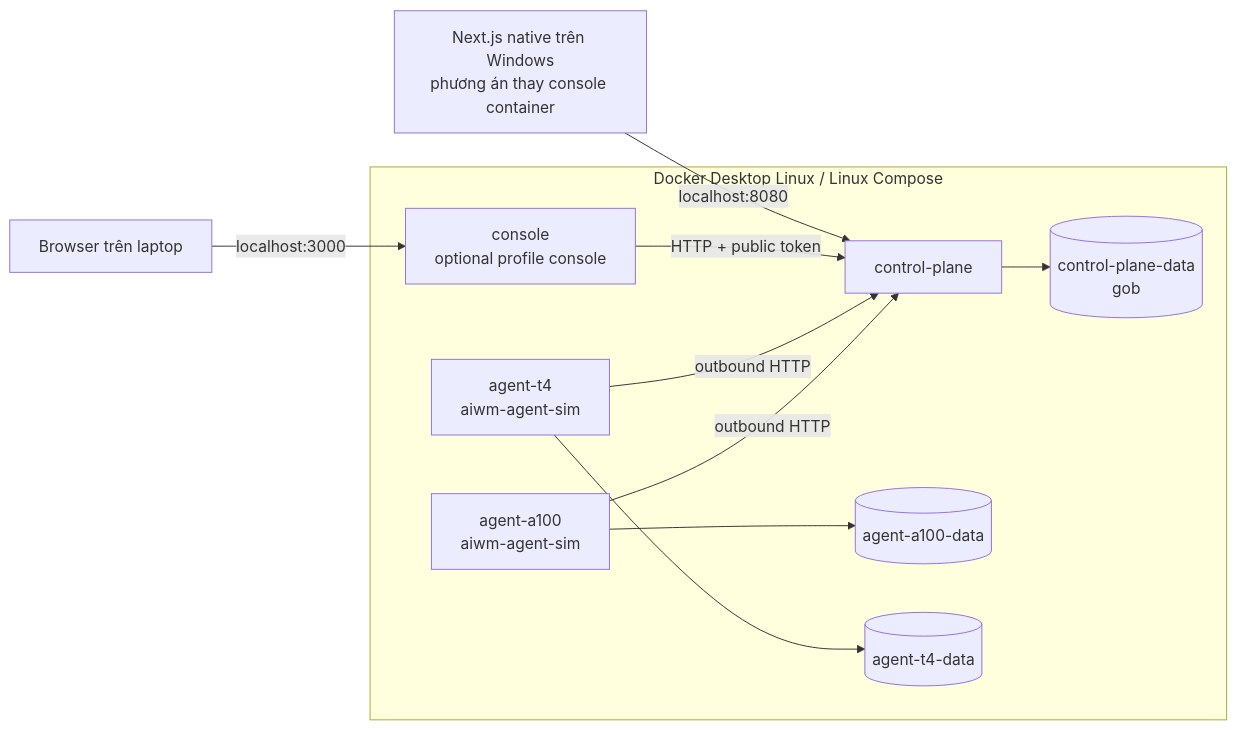
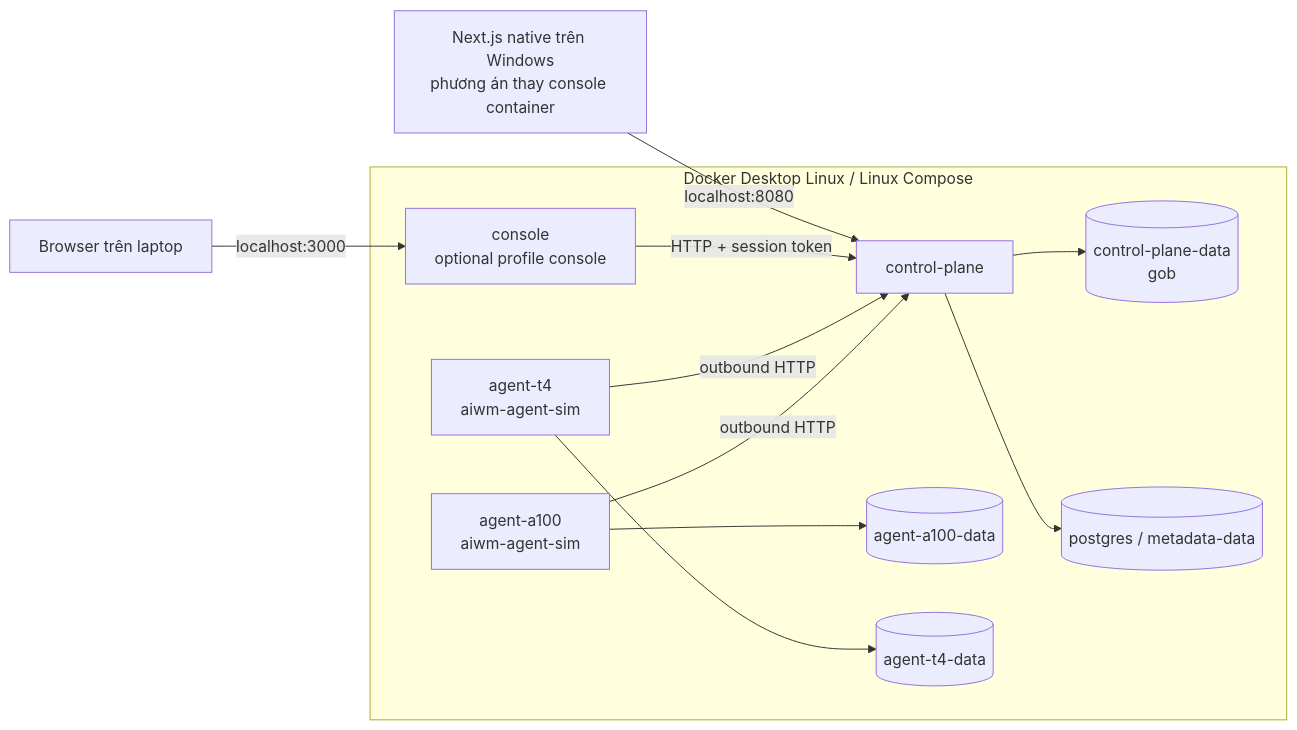
Before and after one commit to NgocDungK68/docker-gpu-server-platform: diagram 13 of 14 in docs/SYSTEM_DESIGN.md, drawn with Mermaid. The commit also changed other lines of this file and 56 other files, not shown here.

```diff
--- a/docs/SYSTEM_DESIGN.md
+++ b/docs/SYSTEM_DESIGN.md
@@ -564,20 +512,21 @@
 ~~~mermaid
 flowchart LR
     U["Browser trên laptop"] -->|localhost:3000| NEXT
     subgraph ENV["Docker Desktop Linux / Linux Compose"]
         NEXT["console<br/>optional profile console"]
         CP["control-plane"]
         A["agent-a100<br/>aiwm-agent-sim"]
         T["agent-t4<br/>aiwm-agent-sim"]
         DATA[("control-plane-data<br/>gob")]
         AS[("agent-a100-data")]
         TS[("agent-t4-data")]
         CP --> DATA
+        CP --> PG[("postgres / metadata-data")]
         A --> AS
         T --> TS
         A -->|outbound HTTP| CP
         T -->|outbound HTTP| CP
-        NEXT -->|HTTP + public token| CP
+        NEXT -->|HTTP + session token| CP
     end
     NATIVE["Next.js native trên Windows<br/>phương án thay console container"] -->|localhost:8080| CP
 ~~~
```
